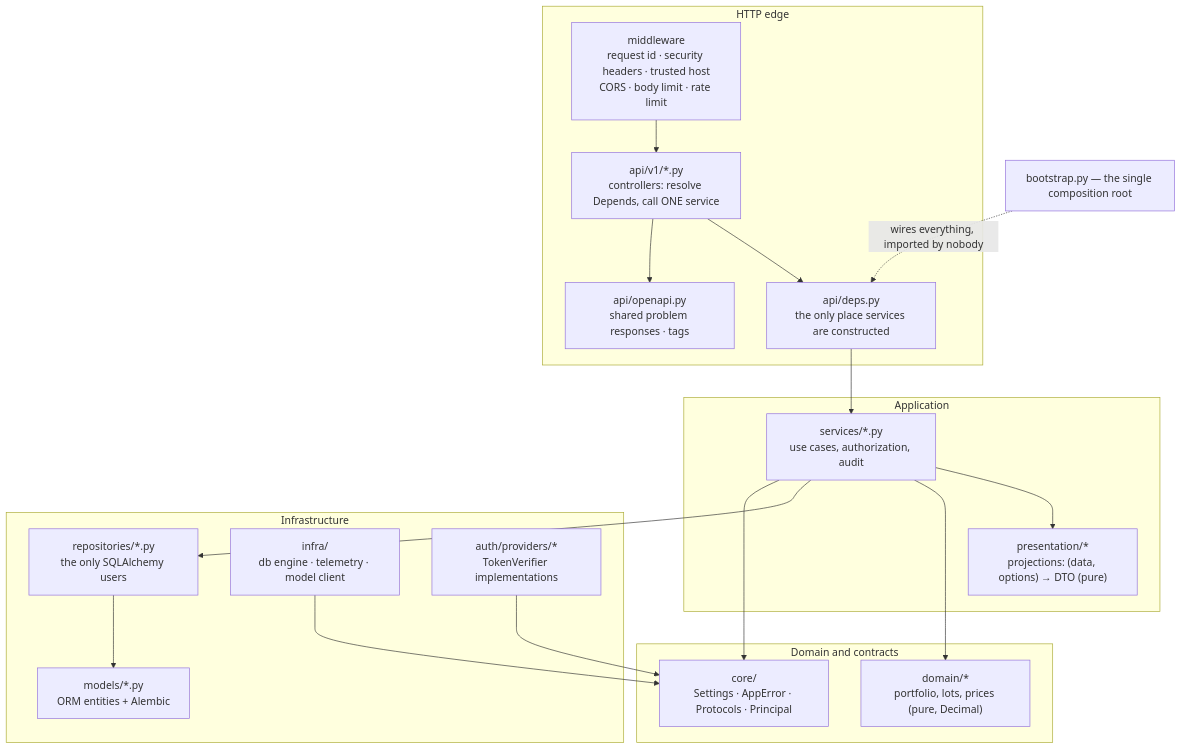
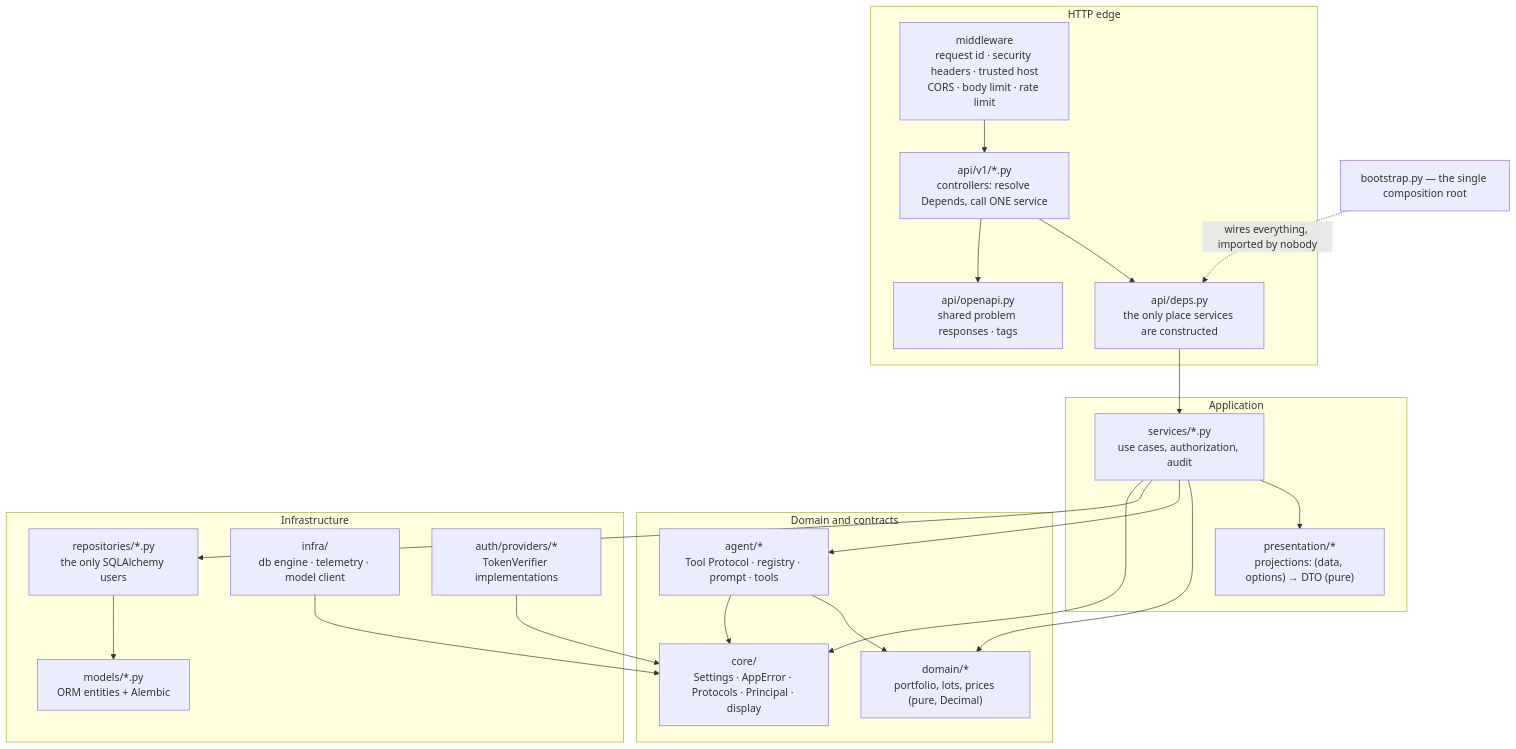
Before and after one commit to somnio-projects/finance-google-a2ui: the diagram in docs/diagrams/03-backend-layers.md, drawn with Mermaid. The commit also changed 48 other files, not shown here.

````diff
--- a/docs/diagrams/03-backend-layers.md
+++ b/docs/diagrams/03-backend-layers.md
@@ -5,38 +5,43 @@
 ```mermaid
 flowchart TB
     subgraph http["HTTP edge"]
         mw["middleware<br/>request id · security headers · trusted host<br/>CORS · body limit · rate limit"]
         ctl["api/v1/*.py<br/>controllers: resolve Depends, call ONE service"]
         deps["api/deps.py<br/>the only place services are constructed"]
         oapi["api/openapi.py<br/>shared problem responses · tags"]
     end
     subgraph app["Application"]
         svc["services/*.py<br/>use cases, authorization, audit"]
         pres["presentation/*<br/>projections: (data, options) → DTO (pure)"]
     end
     subgraph core["Domain and contracts"]
         dom["domain/*<br/>portfolio, lots, prices (pure, Decimal)"]
-        cor["core/<br/>Settings · AppError · Protocols · Principal"]
+        agt["agent/*<br/>Tool Protocol · registry · prompt · tools"]
+        cor["core/<br/>Settings · AppError · Protocols · Principal · display"]
     end
     subgraph infra["Infrastructure"]
         repo["repositories/*.py<br/>the only SQLAlchemy users"]
         mdl["models/*.py<br/>ORM entities + Alembic"]
         adp["infra/<br/>db engine · telemetry · model client"]
         auth["auth/providers/*<br/>TokenVerifier implementations"]
     end
     boot["bootstrap.py — the single composition root"]
 
     mw --> ctl --> deps
     ctl --> oapi
     deps --> svc
     svc --> pres
     svc --> dom
+    svc --> agt --> dom
     svc --> repo --> mdl
     svc --> cor
+    agt --> cor
     adp --> cor
     auth --> cor
     boot -.->|"wires everything, imported by nobody"| deps
 
     %% Forbidden and checked in review: services importing FastAPI/SQLAlchemy,
     %% controllers importing repositories, presenters doing I/O.
+    %% agent/ is an inner layer beside domain/: core + domain only, nothing
+    %% outward — asserted over the parsed source by the boundary tests.
 ```
````
